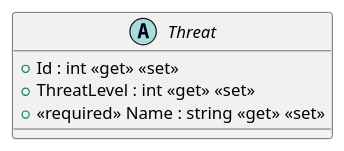
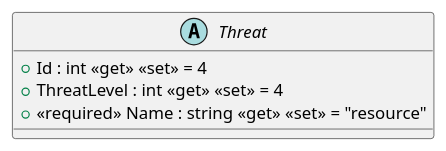
One commit to kollibroman/ColonySimulator changed the diagram in UmlSchemas/Models/Threats/Threat.puml. Above: the diagram before and after it, drawn with PlantUML. The commit also changed 20 other files, not shown here.

Commit message:
Change object schema and add startup class

```diff
--- a/UmlSchemas/Models/Threats/Threat.puml
+++ b/UmlSchemas/Models/Threats/Threat.puml
@@ -1,7 +1,7 @@
 @startuml
 abstract class Threat {
-    + Id : int <<get>> <<set>>
-    + ThreatLevel : int <<get>> <<set>>
-    + <<required>> Name : string <<get>> <<set>>
+    + Id : int <<get>> <<set>> = 4
+    + ThreatLevel : int <<get>> <<set>> = 4
+    + <<required>> Name : string <<get>> <<set>> = "resource"
 }
 @enduml
```
